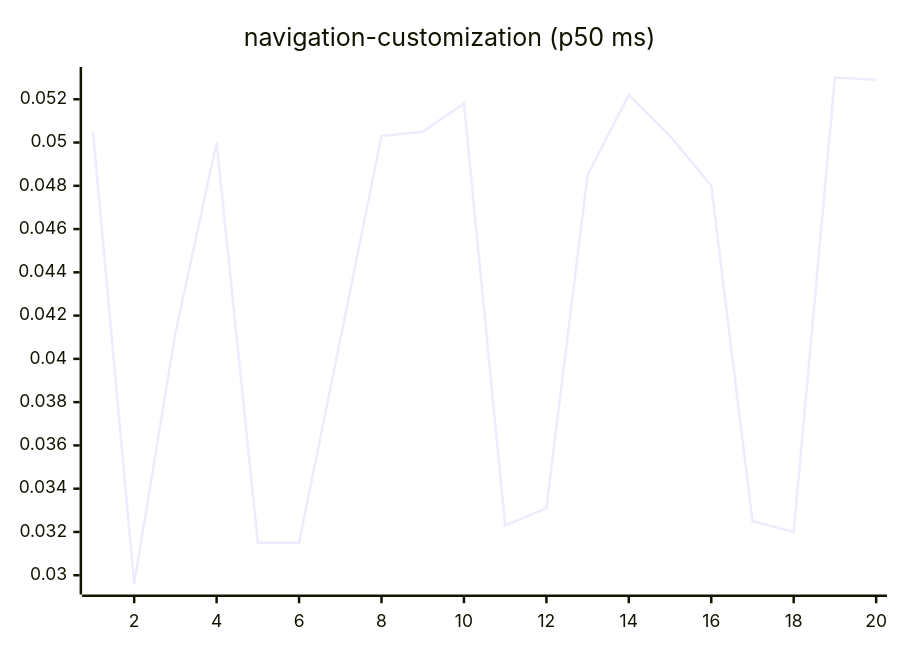
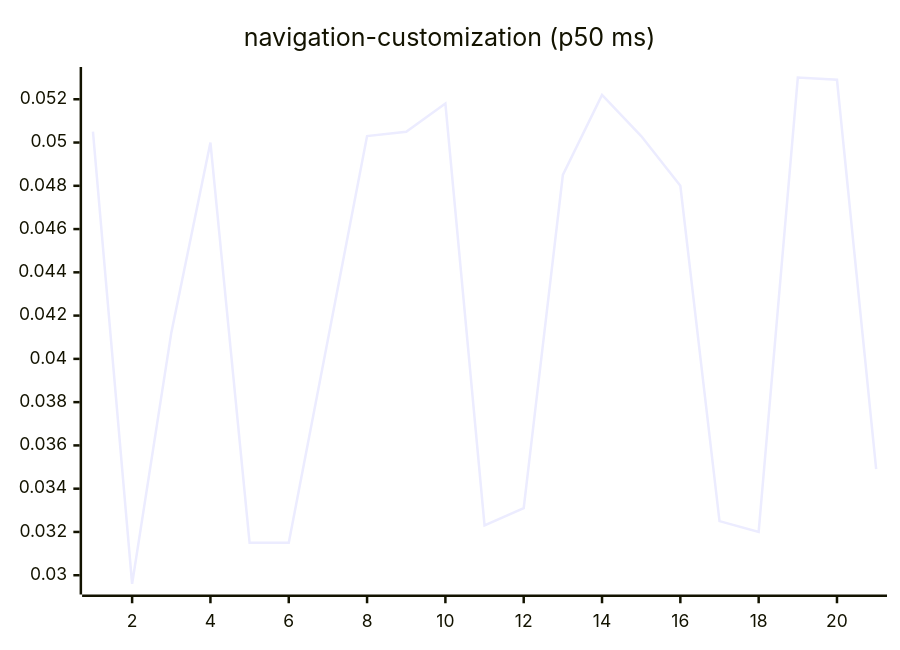
Before and after one commit to josha/Facet: diagram 15 of 27 in README.md, drawn with Mermaid. The commit also changed other lines of this file and 2 other files, not shown here.

````diff
--- a/README.md
+++ b/README.md
@@ -161,6 +161,6 @@
 ```mermaid
 xychart-beta
     title "navigation-customization (p50 ms)"
-    x-axis 1 --> 20
-    line [0.0505, 0.0296, 0.0412, 0.0500, 0.0315, 0.0315, 0.0409, 0.0503, 0.0505, 0.0518, 0.0323, 0.0331, 0.0485, 0.0522, 0.0503, 0.0480, 0.0325, 0.0320, 0.0530, 0.0529]
+    x-axis 1 --> 21
+    line [0.0505, 0.0296, 0.0412, 0.0500, 0.0315, 0.0315, 0.0409, 0.0503, 0.0505, 0.0518, 0.0323, 0.0331, 0.0485, 0.0522, 0.0503, 0.0480, 0.0325, 0.0320, 0.0530, 0.0529, 0.0349]
 ```
````
